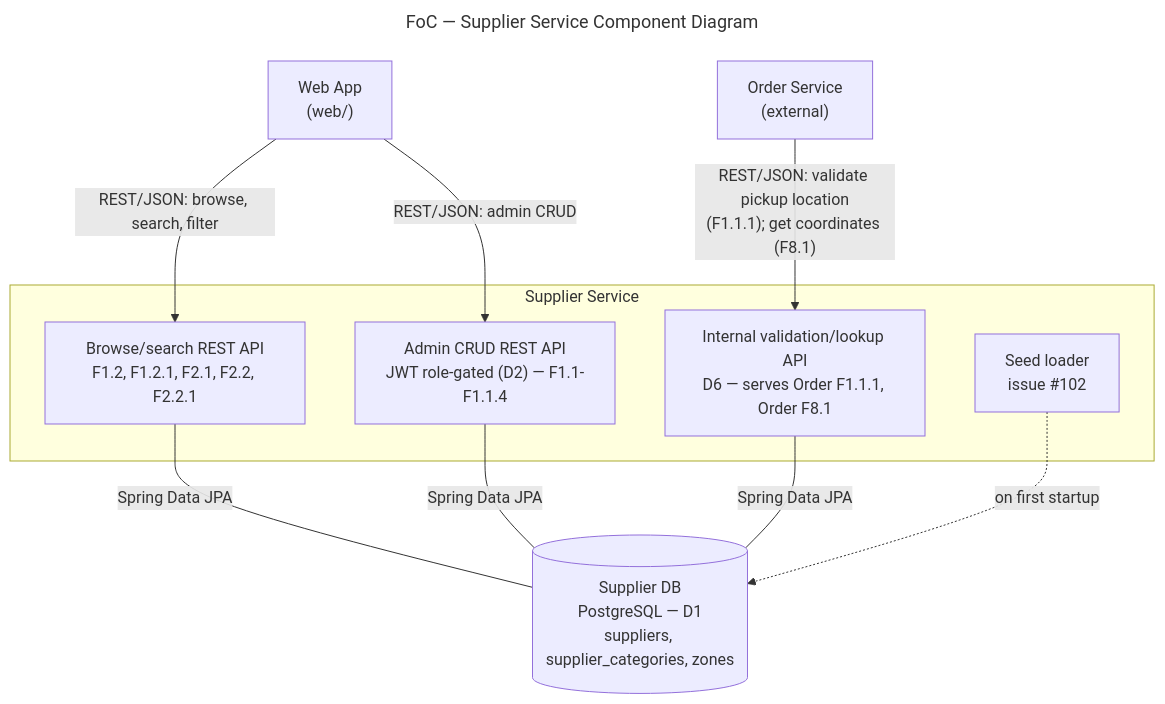
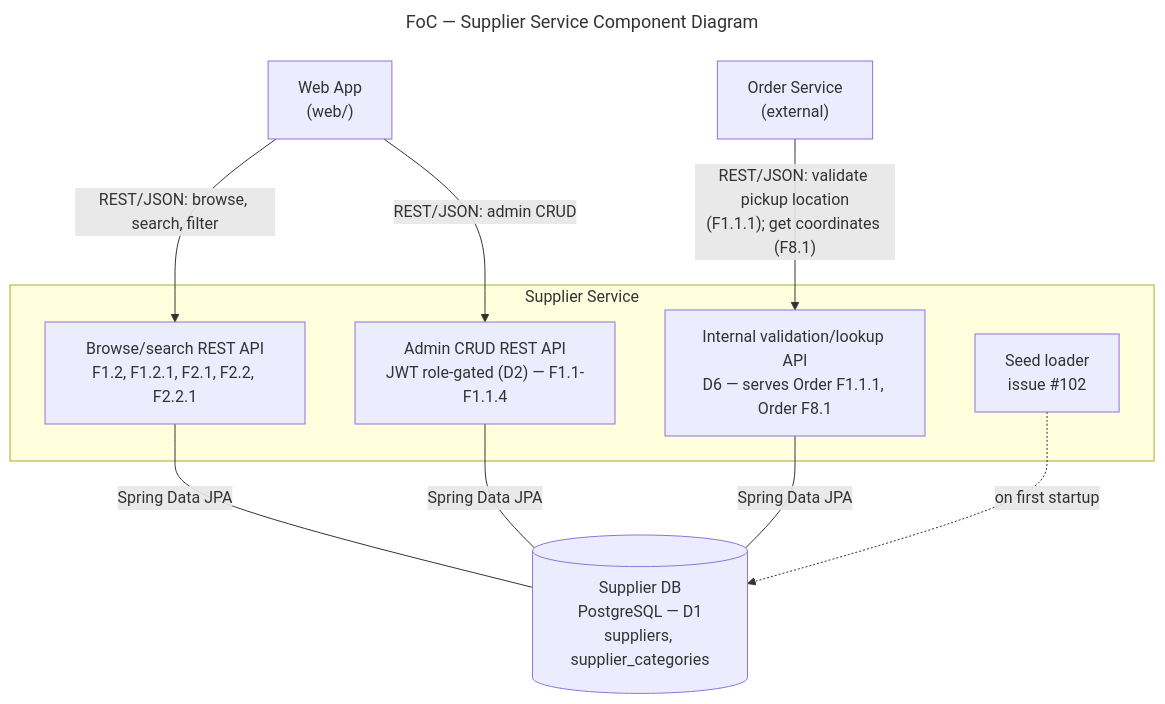
The diagram in docs/supplier-service.mmd (AY2627S1-CS3219-P23/foc), drawn with Mermaid before and after one commit. The commit also changed 2 other files, not shown here.

Commit message:
docs: remove zone feature from supplier-service docs and diagram (keep D4 numbering for tracking)

```diff
--- a/docs/supplier-service.mmd
+++ b/docs/supplier-service.mmd
@@ -1,30 +1,32 @@
 ---
 title: "FoC — Supplier Service Component Diagram"
 ---
 %% AI-assisted (CS3219 AI Usage Policy disclosure):
-%% Tool: Claude, 2026-09-21.
+%% Tool: Claude, 2026-09-21; revised 2026-09-27 (Claude Code, Sonnet 5).
 %% Scope: Companion diagram to supplier-service.md, drafted from the
 %% team's finalized D1 backlog. Same status as the doc: proposals
 %% pending owner/team review (see supplier-service.md, D1-D8).
+%% 2026-09-27: dropped "zones" from the Supplier DB label — team
+%% decision to drop the zone feature (see supplier-service.md, D4).
 %% Reviewed by: XXX
 flowchart TB
     WEB["Web App<br/>(web/)"]
     ORDER_SVC["Order Service<br/>(external)"]
 
     subgraph SUP["Supplier Service"]
         API["Browse/search REST API<br/>F1.2, F1.2.1, F2.1, F2.2, F2.2.1"]
         ADMIN_API["Admin CRUD REST API<br/>JWT role-gated (D2) — F1.1-F1.1.4"]
         VALID_API["Internal validation/lookup API<br/>D6 — serves Order F1.1.1, Order F8.1"]
         SEED["Seed loader<br/>issue #102"]
     end
 
-    SUP_DB[("Supplier DB<br/>PostgreSQL — D1<br/>suppliers, supplier_categories, zones")]
+    SUP_DB[("Supplier DB<br/>PostgreSQL — D1<br/>suppliers, supplier_categories")]
 
     WEB -->|"REST/JSON: browse, search, filter"| API
     WEB -->|"REST/JSON: admin CRUD"| ADMIN_API
     ORDER_SVC -->|"REST/JSON: validate pickup location<br/>(F1.1.1); get coordinates (F8.1)"| VALID_API
 
     API ---|"Spring Data JPA"| SUP_DB
     ADMIN_API ---|"Spring Data JPA"| SUP_DB
     VALID_API ---|"Spring Data JPA"| SUP_DB
     SEED -.->|"on first startup"| SUP_DB
```
